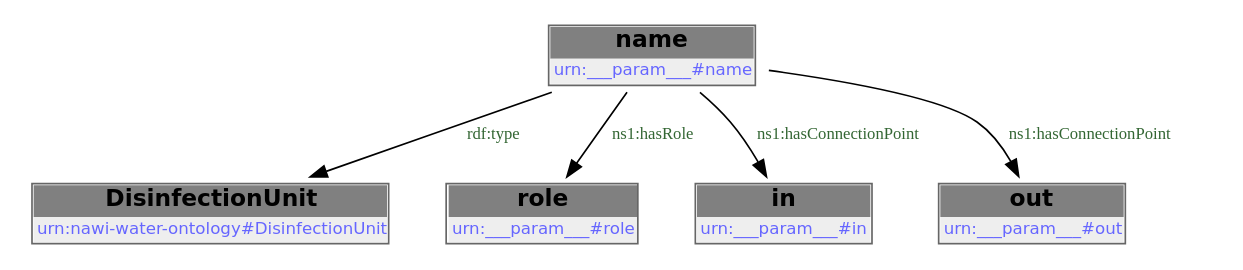
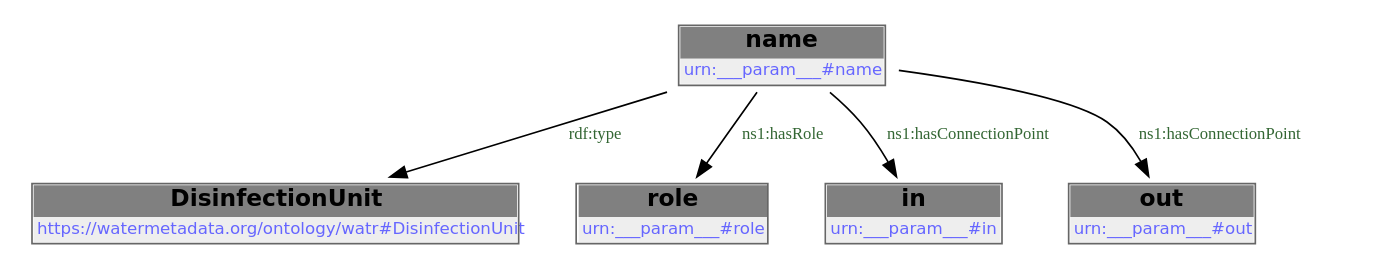
Before and after one commit to DataDrivenCPS/water-ontology: the first of 2 diagrams in docs/libraries/templates/contact-chamber.rst, drawn with Graphviz. The commit also changed other lines of this file and 43 other files, not shown here.

First line of the commit message:
feat: move ontology to https://watermetadata.org base URI

```diff
--- a/docs/libraries/templates/contact-chamber.rst
+++ b/docs/libraries/templates/contact-chamber.rst
@@ -78,14 +78,14 @@
         .. graphviz::
 
                 digraph G {
             node [fontname="DejaVu Sans"];
             node0 -> node1 [color=BLACK, label=< <font point-size='10' color='#336633'>rdf:type</font> >];
             node0 -> node2 [color=BLACK, label=< <font point-size='10' color='#336633'>ns1:hasRole</font> >];
             node0 -> node3 [color=BLACK, label=< <font point-size='10' color='#336633'>ns1:hasConnectionPoint</font> >];
             node0 -> node4 [color=BLACK, label=< <font point-size='10' color='#336633'>ns1:hasConnectionPoint</font> >];
             node0 [shape=none, color=black, label=< <table color='#666666' cellborder='0' cellspacing='0' border='1'><tr><td colspan='2' bgcolor='grey'><B>name</B></td></tr><tr><td href='urn:___param___#name' bgcolor='#eeeeee' colspan='2'><font point-size='10' color='#6666ff'>urn:___param___#name</font></td></tr></table> >];
-            node1 [shape=none, color=black, label=< <table color='#666666' cellborder='0' cellspacing='0' border='1'><tr><td colspan='2' bgcolor='grey'><B>DisinfectionUnit</B></td></tr><tr><td href='urn:nawi-water-ontology#DisinfectionUnit' bgcolor='#eeeeee' colspan='2'><font point-size='10' color='#6666ff'>urn:nawi-water-ontology#DisinfectionUnit</font></td></tr></table> >];
+            node1 [shape=none, color=black, label=< <table color='#666666' cellborder='0' cellspacing='0' border='1'><tr><td colspan='2' bgcolor='grey'><B>DisinfectionUnit</B></td></tr><tr><td href='https://watermetadata.org/ontology/watr#DisinfectionUnit' bgcolor='#eeeeee' colspan='2'><font point-size='10' color='#6666ff'>https://watermetadata.org/ontology/watr#DisinfectionUnit</font></td></tr></table> >];
             node2 [shape=none, color=black, label=< <table color='#666666' cellborder='0' cellspacing='0' border='1'><tr><td colspan='2' bgcolor='grey'><B>role</B></td></tr><tr><td href='urn:___param___#role' bgcolor='#eeeeee' colspan='2'><font point-size='10' color='#6666ff'>urn:___param___#role</font></td></tr></table> >];
             node3 [shape=none, color=black, label=< <table color='#666666' cellborder='0' cellspacing='0' border='1'><tr><td colspan='2' bgcolor='grey'><B>in</B></td></tr><tr><td href='urn:___param___#in' bgcolor='#eeeeee' colspan='2'><font point-size='10' color='#6666ff'>urn:___param___#in</font></td></tr></table> >];
             node4 [shape=none, color=black, label=< <table color='#666666' cellborder='0' cellspacing='0' border='1'><tr><td colspan='2' bgcolor='grey'><B>out</B></td></tr><tr><td href='urn:___param___#out' bgcolor='#eeeeee' colspan='2'><font point-size='10' color='#6666ff'>urn:___param___#out</font></td></tr></table> >];
             }
```
